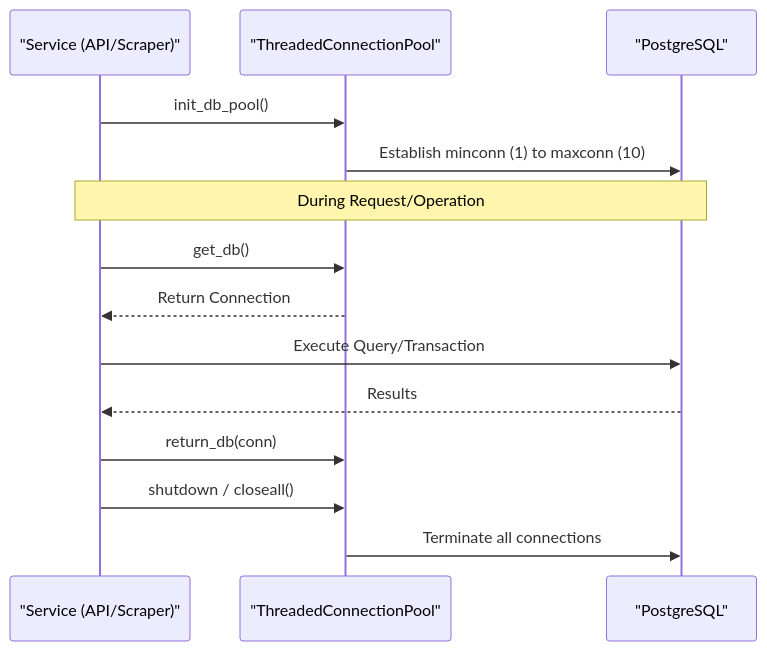
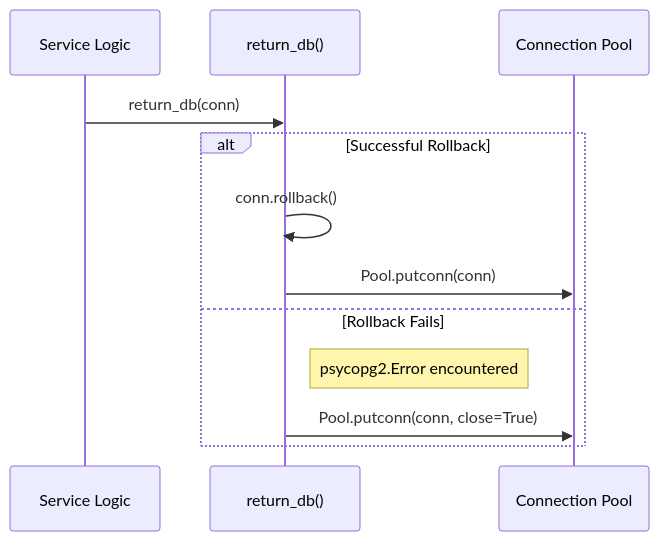
Before and after one commit to Avkroken/Produkter: the third of 3 diagrams in .cubic/wiki/04-section-data/02-data-pooling.md, drawn with Mermaid. The commit also changed other lines of this file and 46 other files, not shown here.

````diff
--- a/.cubic/wiki/04-section-data/02-data-pooling.md
+++ b/.cubic/wiki/04-section-data/02-data-pooling.md
@@ -85,19 +83,14 @@
 ```mermaid
 sequenceDiagram
-    participant App as "Service (API/Scraper)"
-    participant Pool as "ThreadedConnectionPool"
-    participant DB as "PostgreSQL"
-
-    App->>Pool: init_db_pool()
-    Pool->>DB: Establish minconn (1) to maxconn (10)
-    
-    Note over App, DB: During Request/Operation
-    App->>Pool: get_db()
-    Pool-->>App: Return Connection
-    App->>DB: Execute Query/Transaction
-    DB-->>App: Results
-    App->>Pool: return_db(conn)
-    
-    App->>Pool: shutdown / closeall()
-    Pool->>DB: Terminate all connections
+    participant App as Service Logic
+    participant Helper as return_db()
+    participant Pool as Connection Pool
+    App->>Helper: return_db(conn)
+    alt Successful Rollback
+        Helper->>Helper: conn.rollback()
+        Helper->>Pool: Pool.putconn(conn)
+    else Rollback Fails
+        Note right of Helper: psycopg2.Error encountered
+        Helper->>Pool: Pool.putconn(conn, close=True)
+    end
 ```
````
